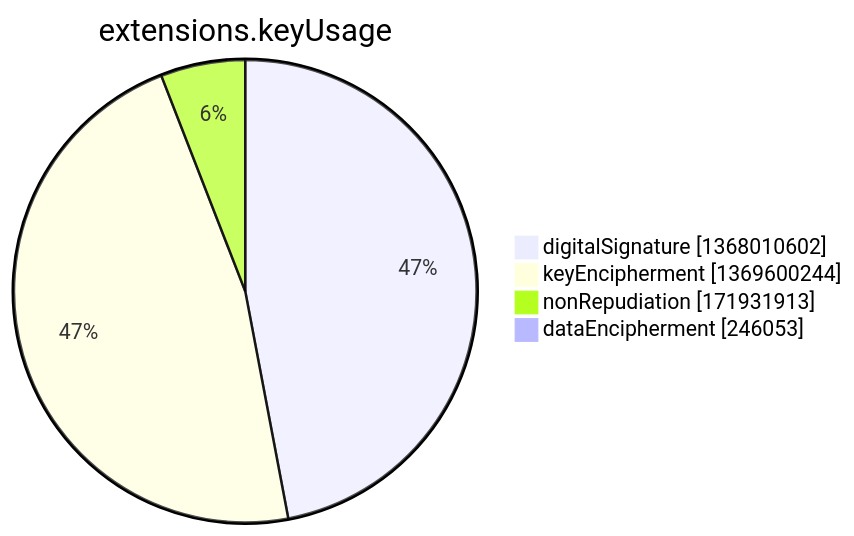
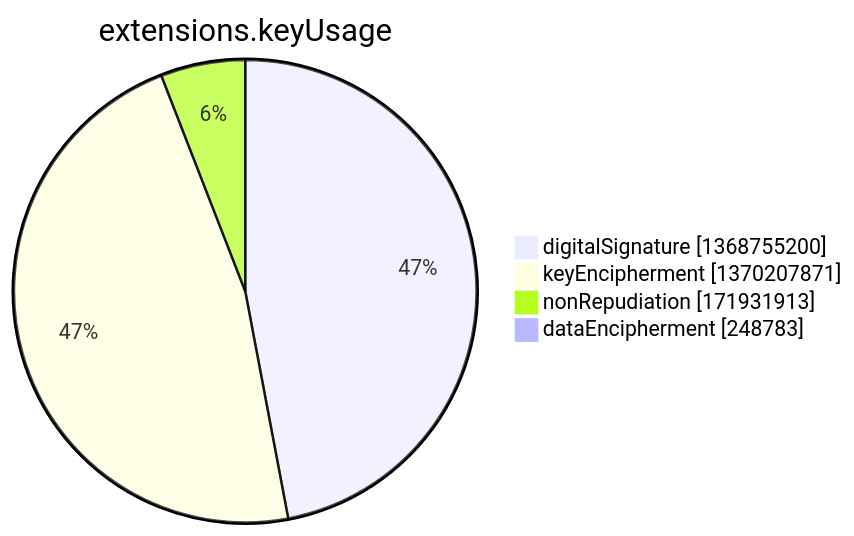
Before and after one commit to christiankrug/ctmonitor_visualization: the seventh of 15 diagrams in argon2022/README.md, drawn with Mermaid. The commit also changed other lines of this file, not shown here.

````diff
--- a/argon2022/README.md
+++ b/argon2022/README.md
@@ -2751,8 +2751,8 @@
 ```mermaid
 pie showData
 title extensions.keyUsage
-"digitalSignature" :1368010602
-"keyEncipherment" :1369600244
+"digitalSignature" :1368755200
+"keyEncipherment" :1370207871
 "nonRepudiation" :171931913
-"dataEncipherment" :246053
+"dataEncipherment" :248783
 ```
````
